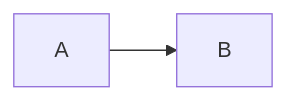
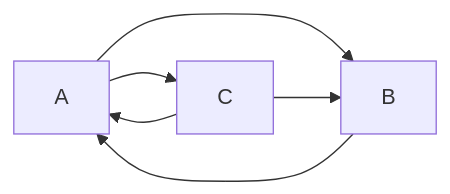
The first of 3 diagrams in seconde/Web/Moteurs_de_recherche.md (boddaert/snt), drawn with Mermaid before and after one commit. The commit also changed other lines of this file, not shown here.

````diff
--- a/seconde/Web/Moteurs_de_recherche.md
+++ b/seconde/Web/Moteurs_de_recherche.md
@@ -58,4 +59,8 @@
 ```mermaid
   graph LR;
-      A-->B
+      A-->B;
+      B-->A;
+      A-->C;
+      C-->A;
+      C-->B;
 ```
````
